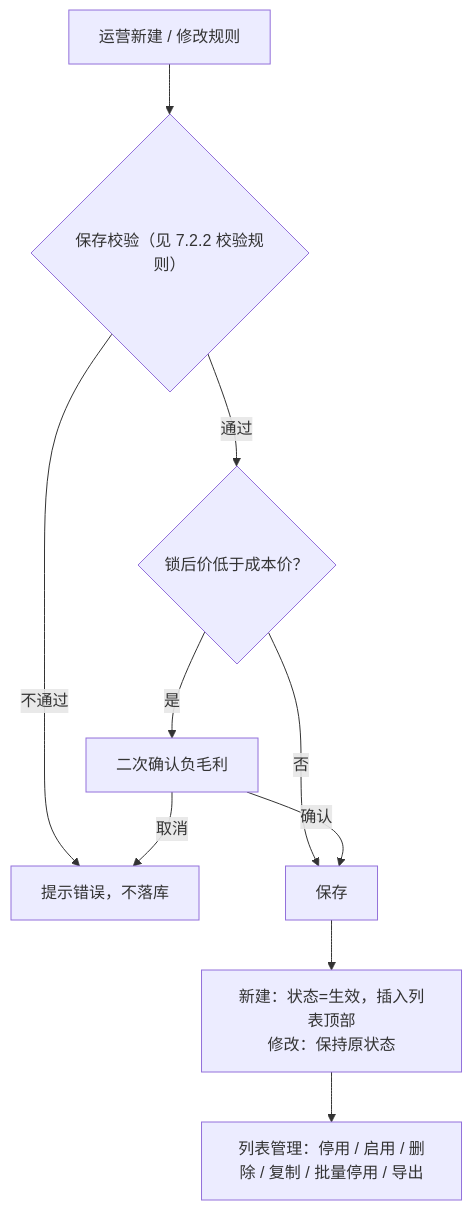
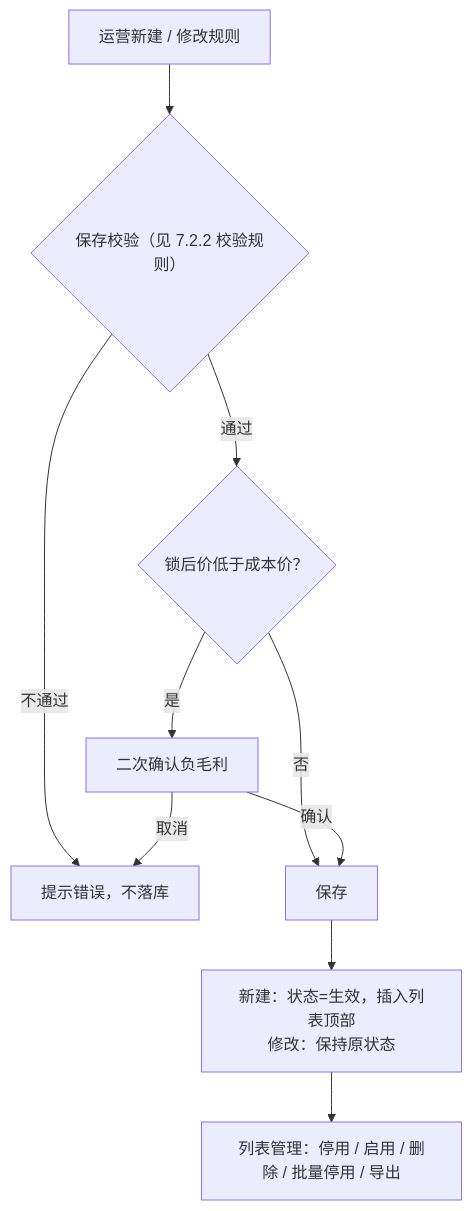
The second of 3 diagrams in 货主锁站锁价-产品需求-页面说明.md (Zsmboom/matching-order-prototype), drawn with Mermaid before and after one commit. The commit also changed other lines of this file and 3 other files, not shown here.

````diff
--- a/货主锁站锁价-产品需求-页面说明.md
+++ b/货主锁站锁价-产品需求-页面说明.md
@@ -36,12 +36,12 @@
 ```mermaid
 flowchart TD
   A["运营新建 / 修改规则"] --> B{"保存校验（见 7.2.2 校验规则）"}
   B -->|不通过| C["提示错误，不落库"]
   B -->|通过| D{"锁后价低于成本价？"}
   D -->|是| E["二次确认负毛利"]
   D -->|否| F["保存"]
   E -->|确认| F
   E -->|取消| C
   F --> G["新建：状态=生效，插入列表顶部<br/>修改：保持原状态"]
-  G --> H["列表管理：停用 / 启用 / 删除 / 复制 / 批量停用 / 导出"]
+  G --> H["列表管理：停用 / 启用 / 删除 / 批量停用 / 导出"]
 ```
````
